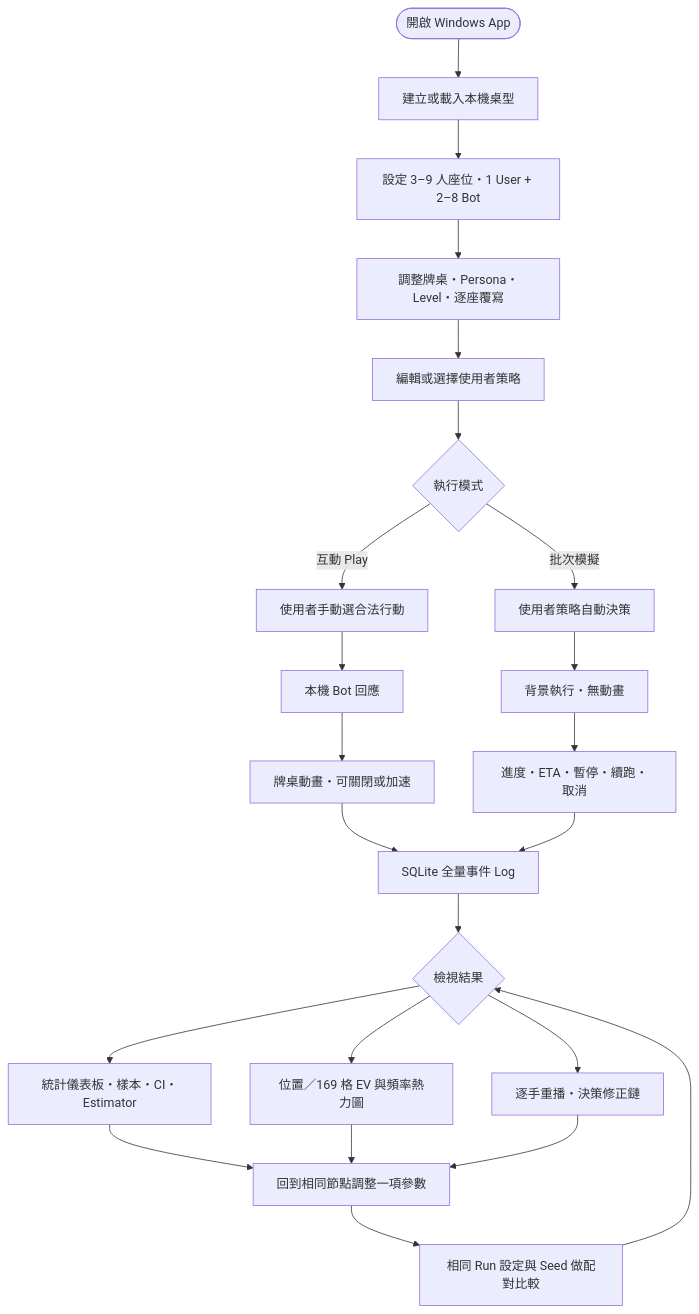
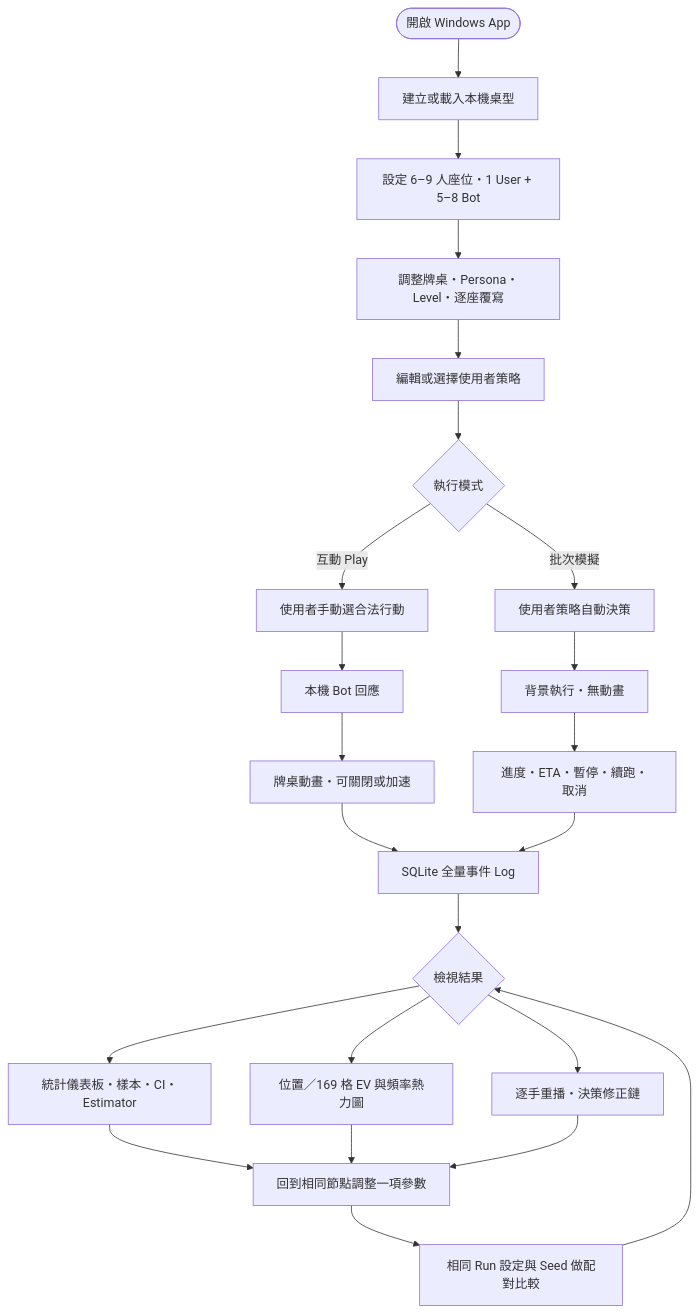
The diagram in diagrams/ux.mmd (lovemage/taxes-leo), drawn with Mermaid before and after one commit. The commit also changed 7 other files, not shown here.

```diff
--- a/diagrams/ux.mmd
+++ b/diagrams/ux.mmd
@@ -1,27 +1,27 @@
 flowchart TD
     A([開啟 Windows App]) --> B[建立或載入本機桌型]
-    B --> C[設定 3–9 人座位・1 User + 2–8 Bot]
+    B --> C[設定 6–9 人座位・1 User + 5–8 Bot]
     C --> D[調整牌桌・Persona・Level・逐座覆寫]
     D --> E[編輯或選擇使用者策略]
     E --> F{執行模式}
 
     F -->|互動 Play| P1[使用者手動選合法行動]
     P1 --> P2[本機 Bot 回應]
     P2 --> P3[牌桌動畫・可關閉或加速]
 
     F -->|批次模擬| S1[使用者策略自動決策]
     S1 --> S2[背景執行・無動畫]
     S2 --> S3[進度・ETA・暫停・續跑・取消]
 
     P3 --> LOG[SQLite 全量事件 Log]
     S3 --> LOG
     LOG --> R{檢視結果}
     R --> DASH[統計儀表板・樣本・CI・Estimator]
     R --> HEAT[位置／169 格 EV 與頻率熱力圖]
     R --> REPLAY[逐手重播・決策修正鏈]
 
     DASH --> FIX[回到相同節點調整一項參數]
     HEAT --> FIX
     REPLAY --> FIX
     FIX --> COMPARE[相同 Run 設定與 Seed 做配對比較]
     COMPARE --> R
```
